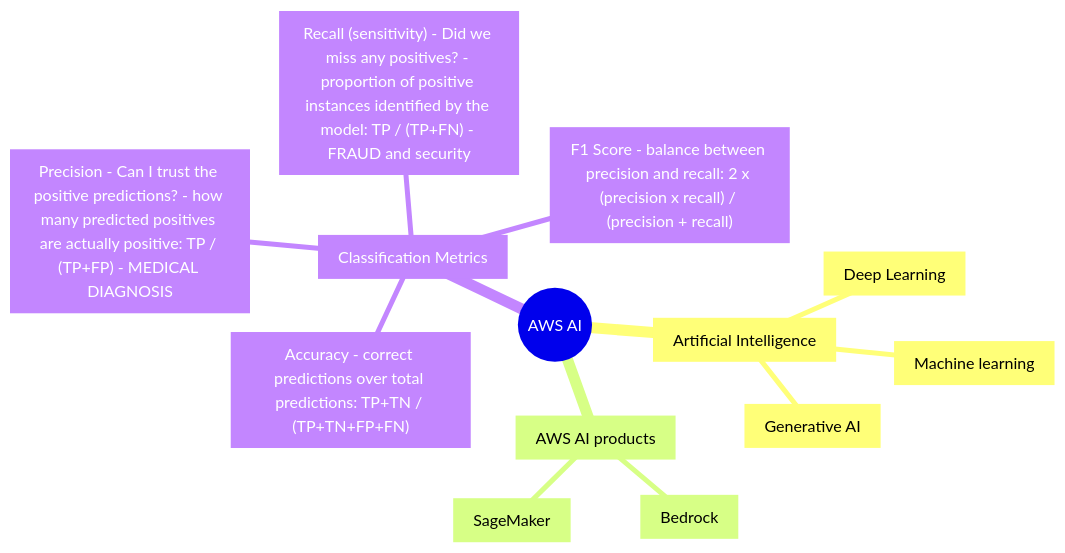
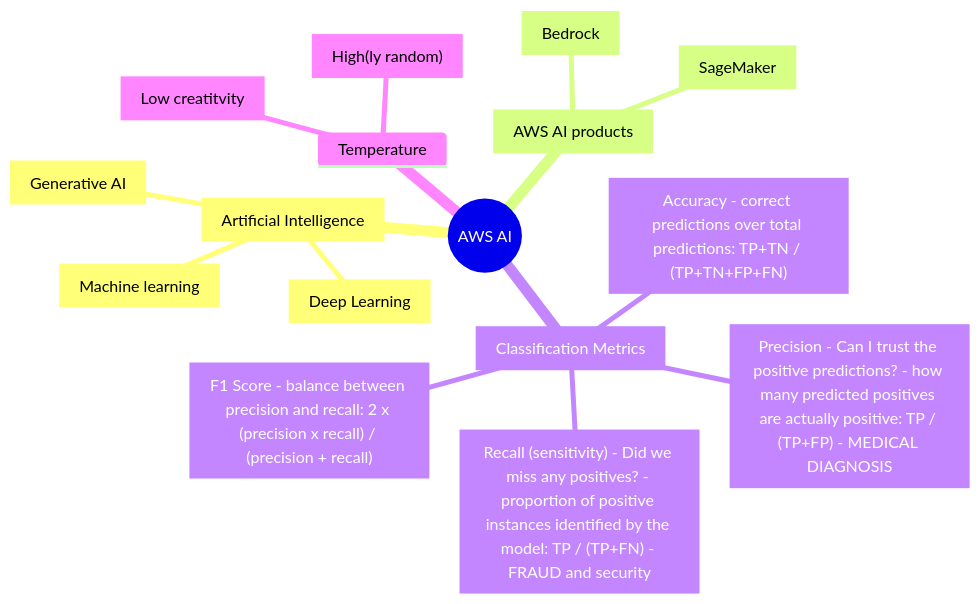
Before and after one commit to gitstua/Mindmaps: the diagram in aws-ai.md, drawn with Mermaid.

````diff
--- a/aws-ai.md
+++ b/aws-ai.md
@@ -5,17 +5,19 @@
 ```mermaid
 mindmap
   root(("AWS AI"))
     ai["Artificial Intelligence"]
       ml["Machine learning"]
       dl["Deep Learning"]
       genai["Generative AI"]
     products["AWS AI products"]
       bedrock["Bedrock"]
       sagemaker["SageMaker"]
     metrics["Classification Metrics"]
       accuracy["Accuracy - correct predictions over total predictions: TP+TN / (TP+TN+FP+FN)"]
       precision["Precision - Can I trust the positive predictions? - how many predicted positives are actually positive: TP / (TP+FP) - MEDICAL DIAGNOSIS"]
       recall["Recall (sensitivity) - Did we miss any positives? - proportion of positive instances identified by the model: TP / (TP+FN) - FRAUD and security"]
       f1["F1 Score - balance between precision and recall: 2 x (precision x recall) / (precision + recall)"]
-        
+    Temperature
+      high["High(ly random)"]
+      low[Low creatitvity]
 ```
````
